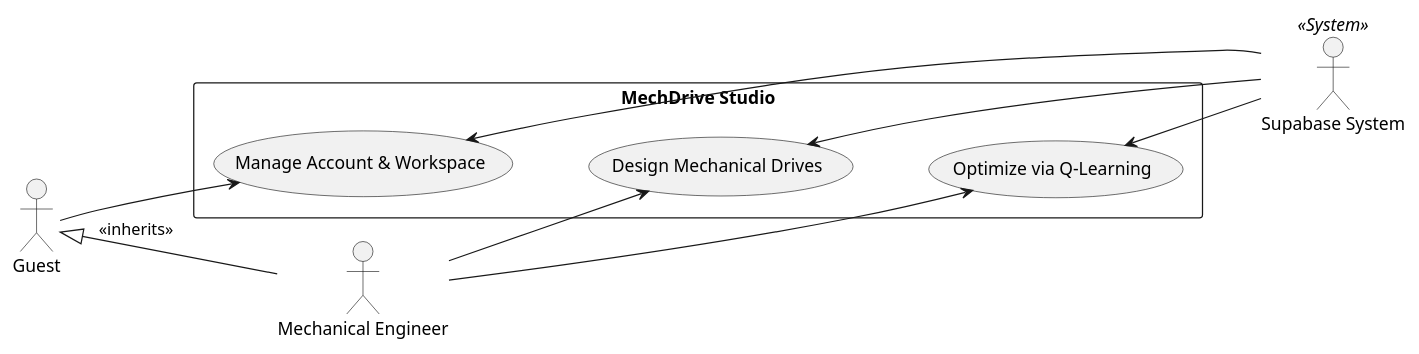
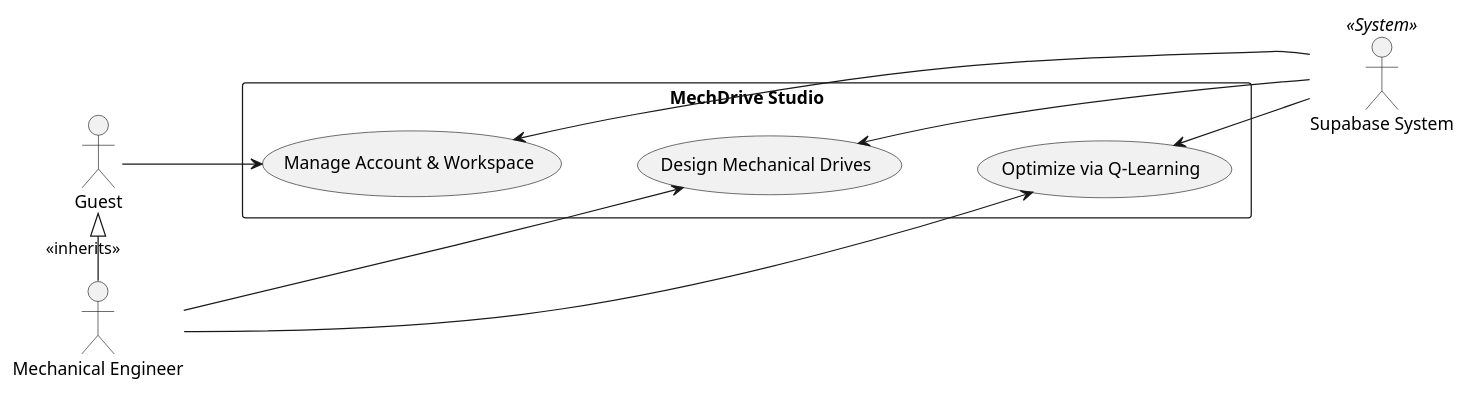
One commit to dvydinh/mechdrive changed the diagram in docs/uml/uc_high_level.puml. Above: the diagram before and after it, drawn with PlantUML. The commit also changed 3 other files, not shown here.

```diff
--- a/docs/uml/uc_high_level.puml
+++ b/docs/uml/uc_high_level.puml
@@ -1,28 +1,30 @@
 @startuml
 left to right direction
 skinparam packageStyle rectangle
 
-actor "Guest" as guest
-actor "Mechanical Engineer" as eng
+together {
+  actor "Guest" as guest
+  actor "Mechanical Engineer" as eng
+}
 actor "Supabase System" as supa << System >>
 
 package "MechDrive Studio" {
   usecase "Manage Account & Workspace" as UC1
   usecase "Design Mechanical Drives" as UC2
   usecase "Optimize via Q-Learning" as UC3
 }
 
 UC1 -[hidden]down-> UC2
 UC2 -[hidden]down-> UC3
 
 guest <|- eng : <<inherits>>
 
 guest --> UC1
 eng --> UC2
 eng --> UC3
 
 UC1 <-- supa
 UC2 <-- supa
 UC3 <-- supa
 
 @enduml
```
